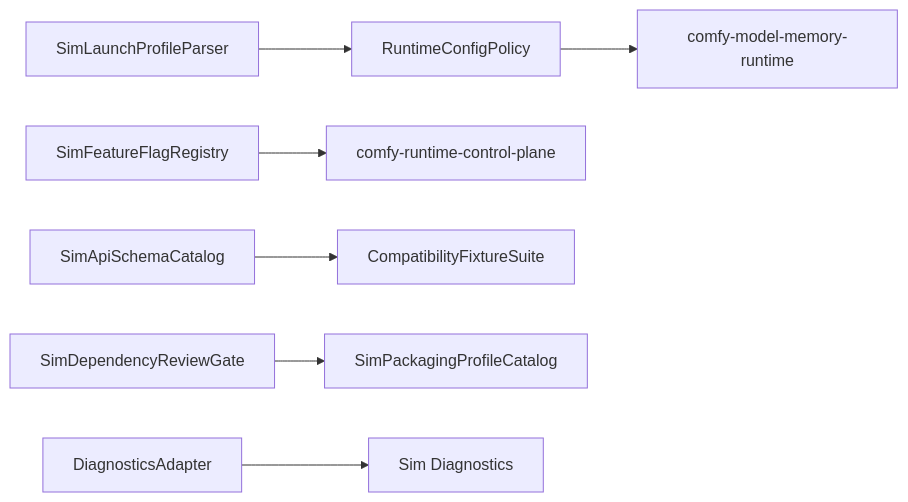
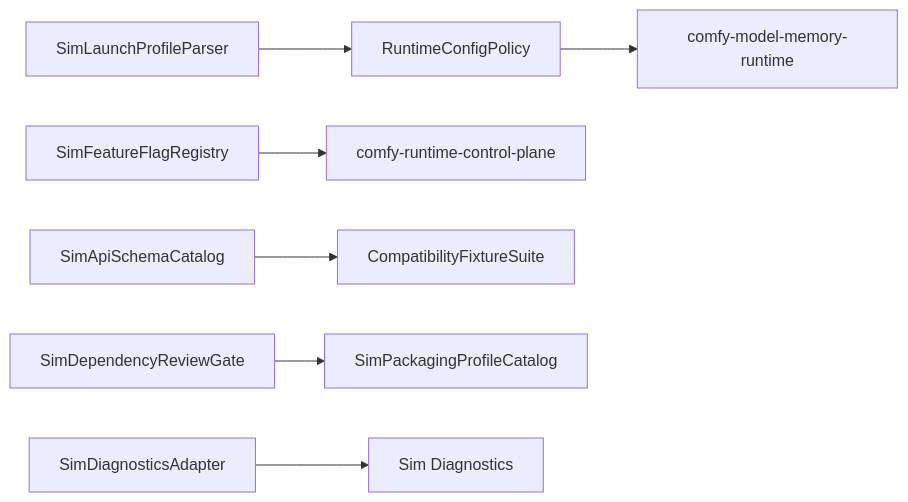
One commit to imagineerings/xor changed the diagram in .agents/specs/godot-migration/comfy-packaging-quality/design.md. Above: the diagram before and after it, drawn with Mermaid. The commit also changed other lines of this file and 4 other files, not shown here.

First line of the commit message:
feat(world_model): add native Sim diagnostics adapter (#190)

````diff
--- a/.agents/specs/godot-migration/comfy-packaging-quality/design.md
+++ b/.agents/specs/godot-migration/comfy-packaging-quality/design.md
@@ -9,9 +9,9 @@
 ```mermaid
 flowchart LR
     Config[SimLaunchProfileParser] --> Policy[RuntimeConfigPolicy]
     Policy --> Model[comfy-model-memory-runtime]
     Flags[SimFeatureFlagRegistry] --> Runtime[comfy-runtime-control-plane]
     Schema[SimApiSchemaCatalog] --> Tests[CompatibilityFixtureSuite]
     Deps[SimDependencyReviewGate] --> Packaging[SimPackagingProfileCatalog]
-    Logs[DiagnosticsAdapter] --> SimDiag[Sim Diagnostics]
+    Logs[SimDiagnosticsAdapter] --> SimDiag[Sim Diagnostics]
 ```
````
